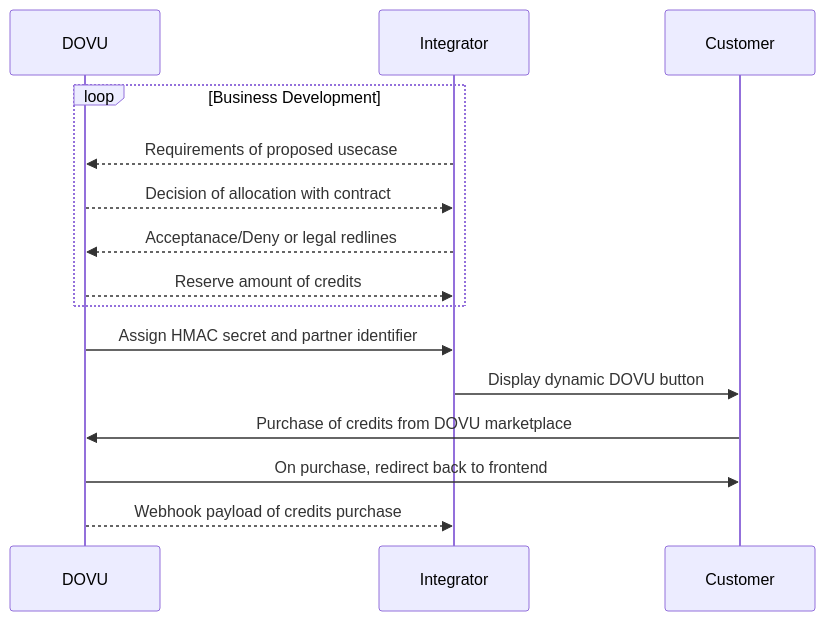
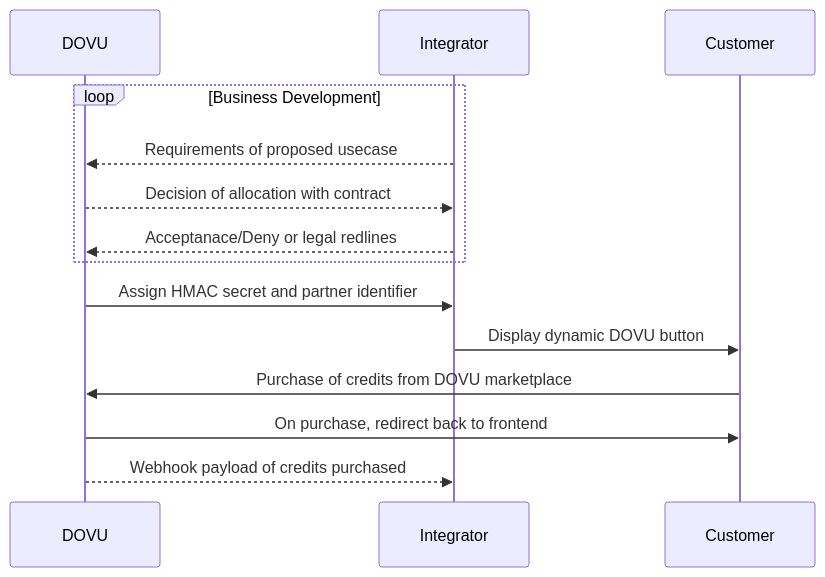
Before and after one commit to dovuofficial/dovu-offset-widget: the diagram in README.md, drawn with Mermaid. The commit also changed other lines of this file and 1 other file, not shown here.

Commit message:
improvement: all credits come form the main pool, there is no reserving of credits

````diff
--- a/README.md
+++ b/README.md
@@ -13,17 +11,16 @@
 ```mermaid
 sequenceDiagram
     participant DOVU
     participant Integrator
     loop Business Development
         Integrator-->>DOVU: Requirements of proposed usecase
         DOVU-->>Integrator: Decision of allocation with contract
         Integrator-->>DOVU: Acceptanace/Deny or legal redlines
-        DOVU-->>Integrator: Reserve amount of credits
     end
 
     DOVU->>Integrator: Assign HMAC secret and partner identifier
     Integrator->>Customer: Display dynamic DOVU button
     Customer->>DOVU: Purchase of credits from DOVU marketplace
     DOVU->>Customer: On purchase, redirect back to frontend
-    DOVU-->>Integrator: Webhook payload of credits purchase
+    DOVU-->>Integrator: Webhook payload of credits purchased
 ```
````
